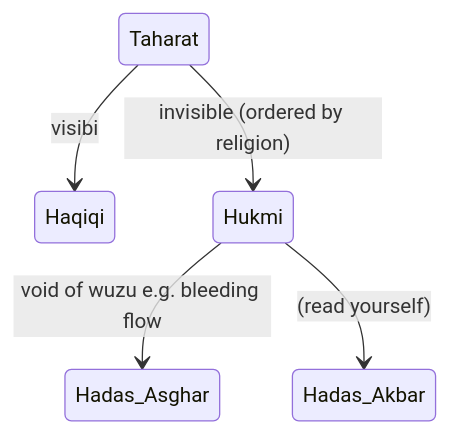
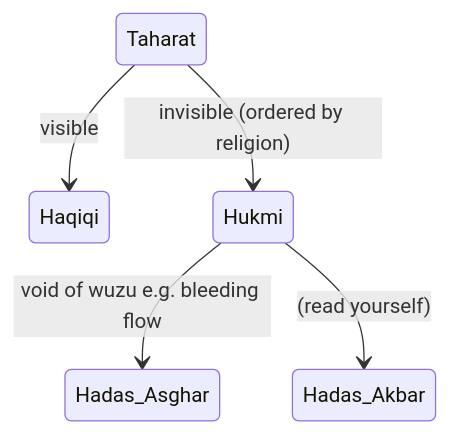
The fifth of 6 diagrams in 01-Intro-Taharat-Wudu.md (salman2learn/fiqh), drawn with Mermaid before and after one commit. The commit also changed other lines of this file and 2 other files, not shown here.

````diff
--- a/01-Intro-Taharat-Wudu.md
+++ b/01-Intro-Taharat-Wudu.md
@@ -130,7 +132,7 @@
 ```mermaid
 stateDiagram-v2
-Taharat --> Haqiqi: visibi
+Taharat --> Haqiqi: visible
 Taharat --> Hukmi: invisible (ordered by religion)
 Hukmi --> Hadas_Asghar: void of wuzu e.g. bleeding flow
 Hukmi --> Hadas_Akbar: (read yourself)
 ```
````
